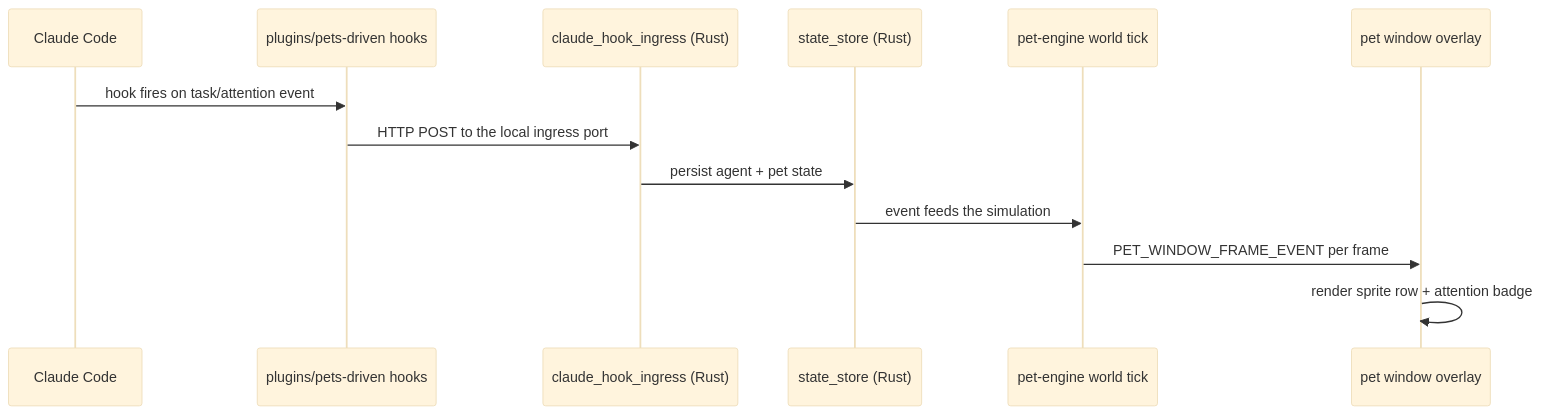
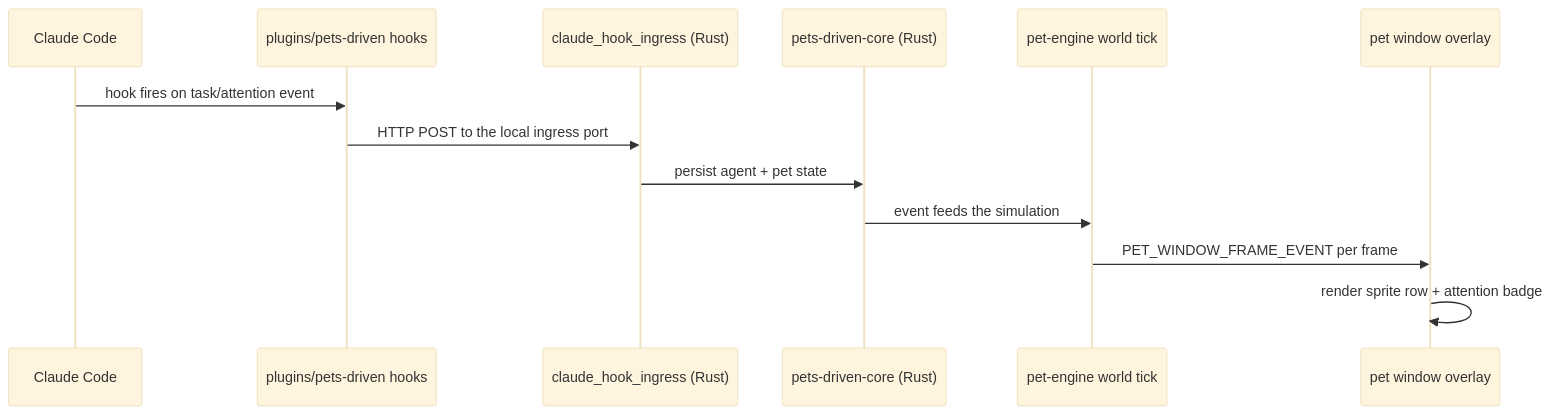
One commit to young1the/pets-driven changed the second of 2 diagrams in ARCHITECTURE.md. Above: the diagram before and after it, drawn with Mermaid (base theme). The commit also changed other lines of this file and 1 other file, not shown here.

Commit message:
Document the pets-driven-core crate in the architecture docs
Add crates/pets-driven-core to the module map and package graph, note the
Rust Cargo workspace and the core's dependency rule, and repoint the runtime
flow anchors from the removed state_store.rs to the core plus the desktop file
adapter.

Claude-Session: https://claude.ai/code/session_012RdgS7NLStbABnX2DUAiyh

````diff
--- a/ARCHITECTURE.md
+++ b/ARCHITECTURE.md
@@ -39,16 +39,16 @@
 ```mermaid
 sequenceDiagram
   participant CC as Claude Code
   participant Hook as plugins/pets-driven hooks
   participant Ingress as claude_hook_ingress (Rust)
-  participant Store as state_store (Rust)
+  participant Store as pets-driven-core (Rust)
   participant Sim as pet-engine world tick
   participant Win as pet window overlay
 
   CC->>Hook: hook fires on task/attention event
   Hook->>Ingress: HTTP POST to the local ingress port
   Ingress->>Store: persist agent + pet state
   Store->>Sim: event feeds the simulation
   Sim->>Win: PET_WINDOW_FRAME_EVENT per frame
   Win->>Win: render sprite row + attention badge
 ```
````
